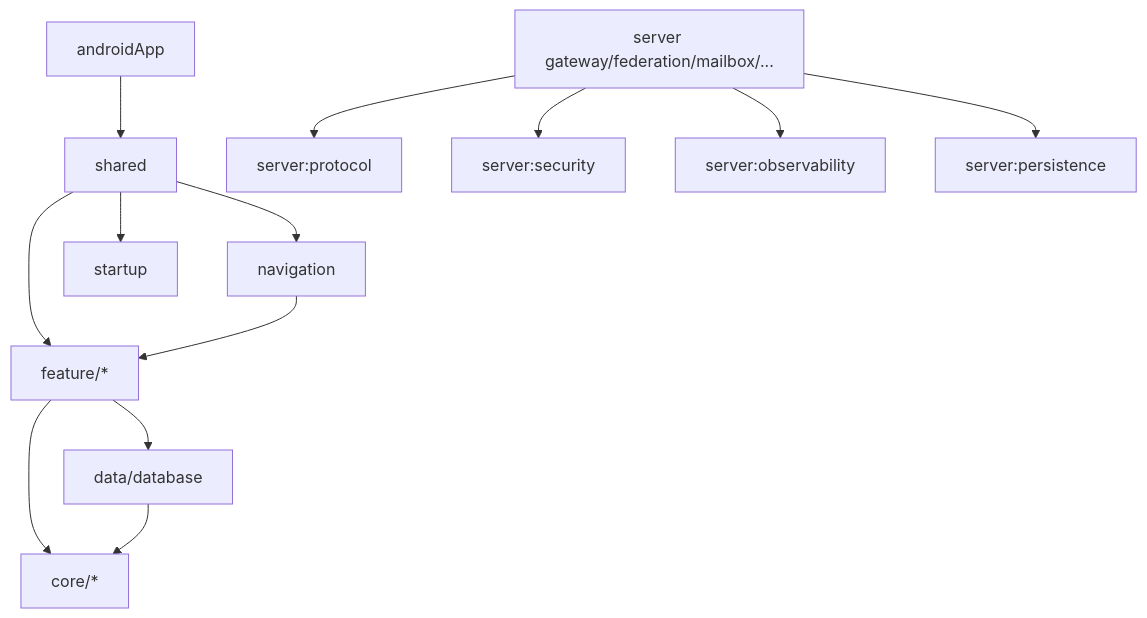
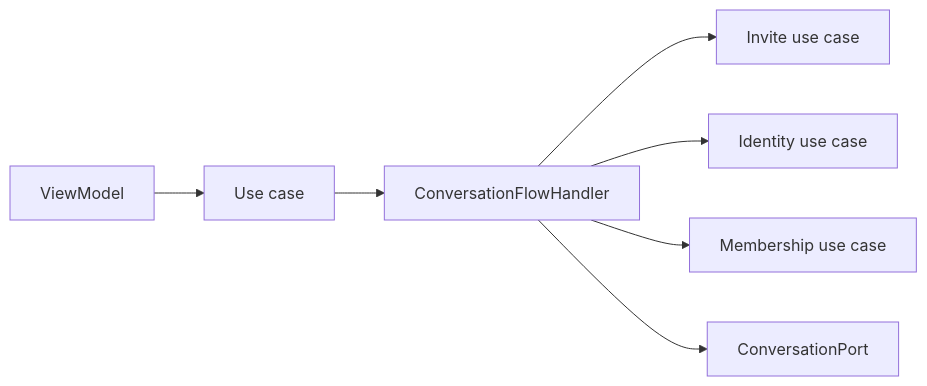
One commit to cbgm/Sparrow changed the diagram in docs/architecture/dependency-rules.md. Above: the diagram before and after it, drawn with Mermaid. The commit also changed other lines of this file and 66 other files, not shown here.

````diff
--- a/docs/architecture/dependency-rules.md
+++ b/docs/architecture/dependency-rules.md
@@ -45,16 +41,9 @@
 ```mermaid
-flowchart TD
-    A[androidApp] --> S[shared]
-    S --> NAV[navigation]
-    S --> START[startup]
-    S --> FEATURES[feature/*]
-    FEATURES --> CORE[core/*]
-    FEATURES --> DB[data/database]
-    DB --> CORE
-    NAV --> FEATURES
-
-    SG[server gateway/federation/mailbox/...] --> SP[server:protocol]
-    SG --> SS[server:security]
-    SG --> SO[server:observability]
-    SG --> PERSIST[server:persistence]
+flowchart LR
+    UI[ViewModel] --> UC[Use case]
+    UC --> FLOW[ConversationFlowHandler]
+    FLOW --> IUC[Invite use case]
+    FLOW --> IDUC[Identity use case]
+    FLOW --> MUC[Membership use case]
+    FLOW --> PORT[ConversationPort]
 ```
````
